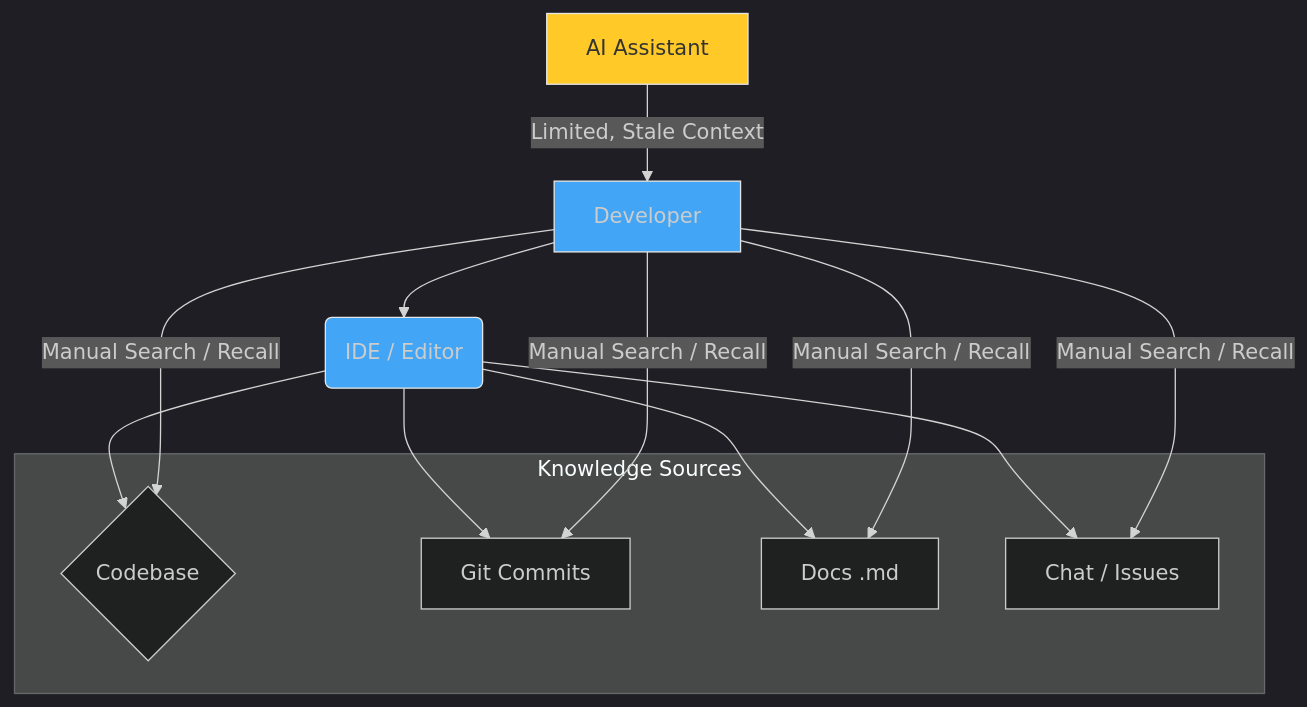
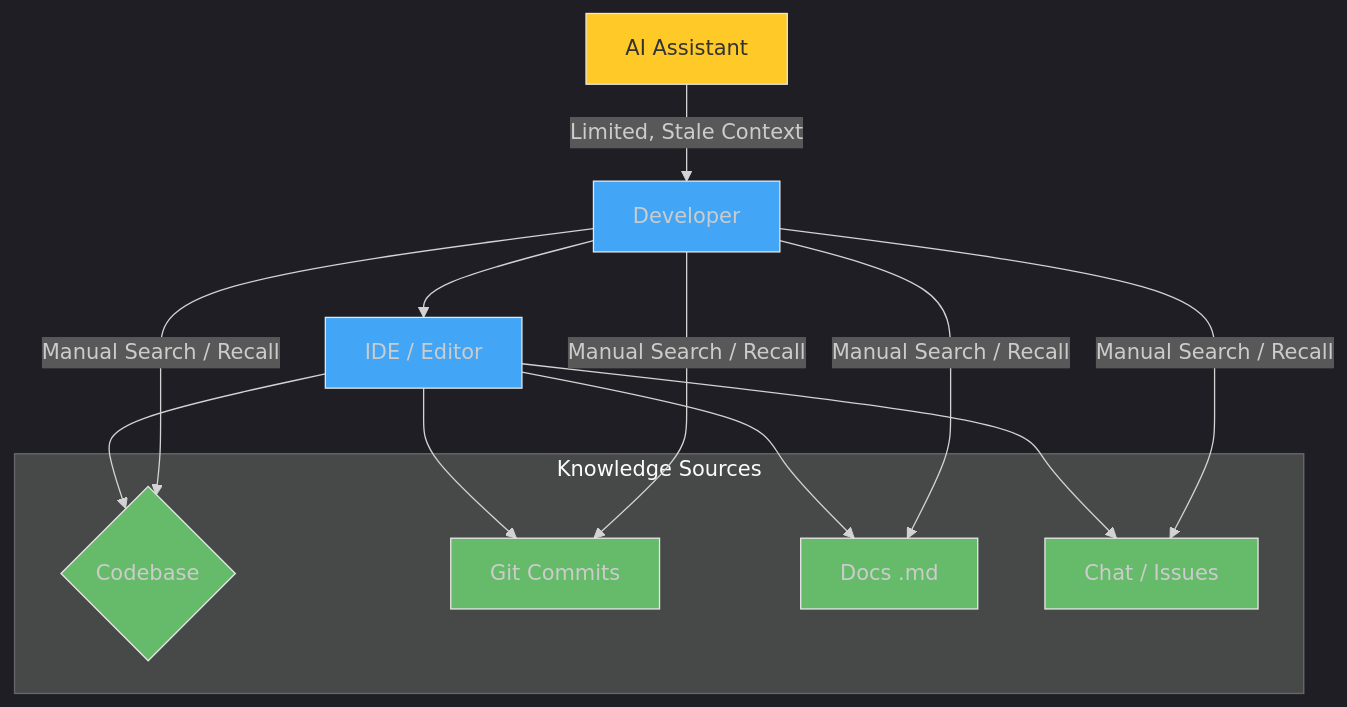
The first of 6 diagrams in docs/getting_started_second_brain.md (somebloke1/chroma_mcp_server), drawn with Mermaid before and after one commit. The commit also changed other lines of this file and 8 other files, not shown here.

Commit message:
Update changelog and mermaids

````diff
--- a/docs/getting_started_second_brain.md
+++ b/docs/getting_started_second_brain.md
@@ -29,25 +29,29 @@
 ```mermaid
 %%{init: {'theme': 'dark'}}%%
-graph TD
-    A[Developer] --> B(IDE / Editor);
-    B --> C{Codebase};
-    B --> D[Git Commits];
-    B --> E[Docs .md];
-    B --> F[Chat / Issues];
-    A -- Manual Search / Recall --> C;
-    A -- Manual Search / Recall --> D;
-    A -- Manual Search / Recall --> E;
-    A -- Manual Search / Recall --> F;
-    G[AI Assistant] -- Limited, Stale Context --> A;
+flowchart TD
+    A[Developer] --> B[IDE / Editor]
+    B --> C{Codebase}
+    B --> D[Git Commits]
+    B --> E[Docs .md]
+    B --> F[Chat / Issues]
+    A -- "Manual Search / Recall" --> C
+    A -- "Manual Search / Recall" --> D
+    A -- "Manual Search / Recall" --> E
+    A -- "Manual Search / Recall" --> F
+    G[AI Assistant] -- "Limited, Stale Context" --> A
 
-    subgraph Knowledge Sources
+    subgraph "Knowledge Sources"
         C
         D
         E
         F
     end
 
     style A fill:#42A5F5,stroke:#E6E6E6,stroke-width:1px
     style B fill:#42A5F5,stroke:#E6E6E6,stroke-width:1px
+    style C fill:#66BB6A,stroke:#E6E6E6,stroke-width:1px
+    style D fill:#66BB6A,stroke:#E6E6E6,stroke-width:1px
+    style E fill:#66BB6A,stroke:#E6E6E6,stroke-width:1px
+    style F fill:#66BB6A,stroke:#E6E6E6,stroke-width:1px
     style G fill:#FFCA28,stroke:#E6E6E6,stroke-width:1px,color:#333333
 ```
````
